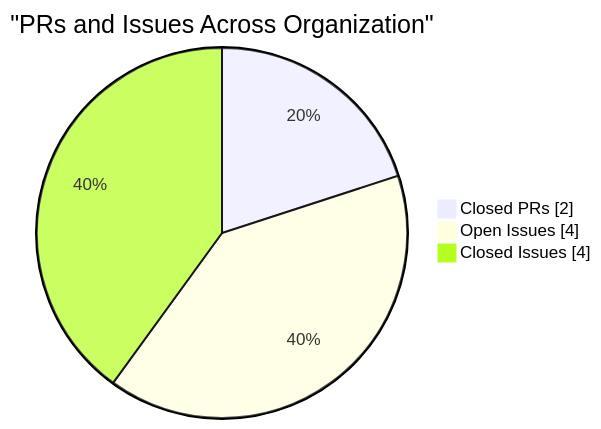
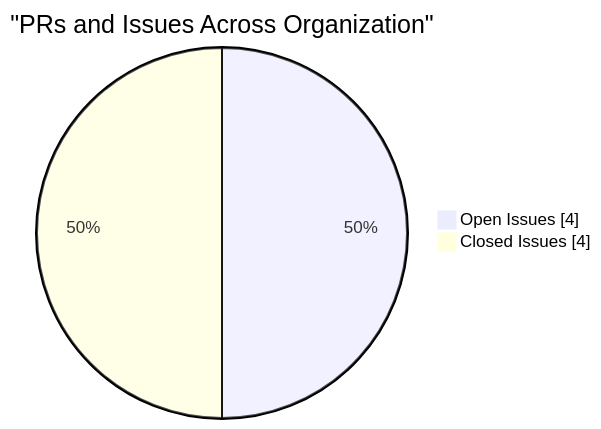
Before and after one commit to CSTH-Projects/.github: the fourth of 4 diagrams in profile/README.md, drawn with Mermaid. The commit also changed other lines of this file, not shown here.

````diff
--- a/profile/README.md
+++ b/profile/README.md
@@ -86,7 +86,6 @@
 ```mermaid
 pie showData
     title "PRs and Issues Across Organization"
-    "Closed PRs" : 2
     "Open Issues" : 4
     "Closed Issues" : 4
 ```
````
